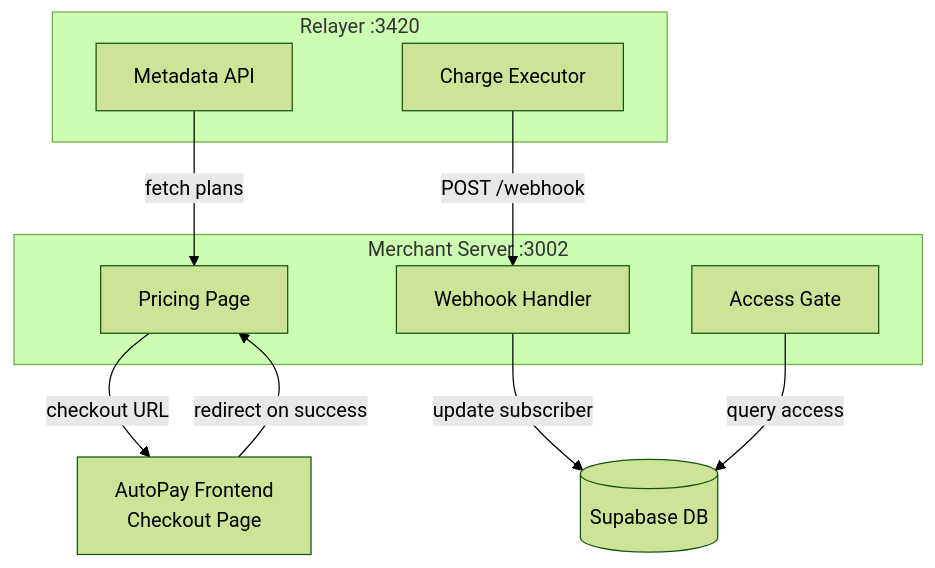
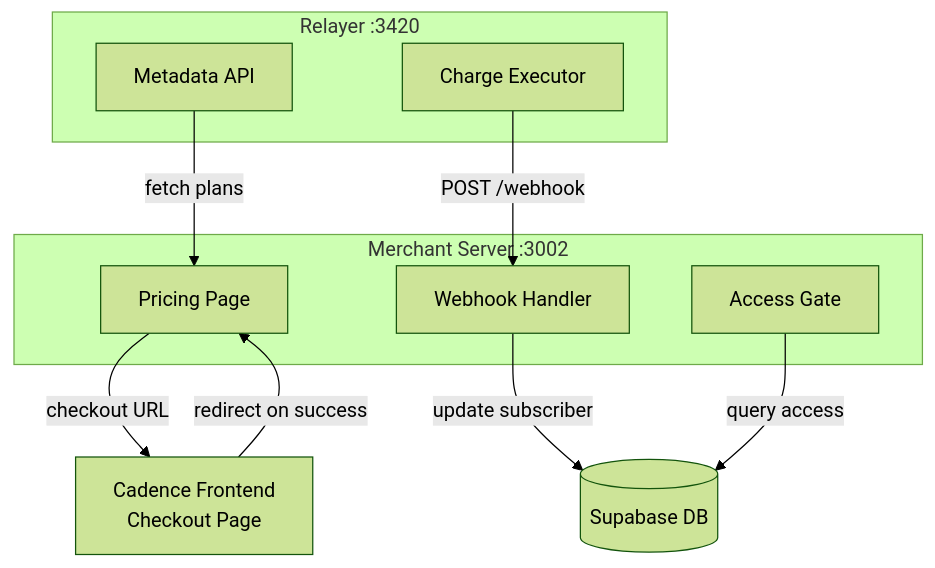
One commit to hola-official/Cadence changed the first of 4 diagrams in documentation/merchant-checkout-example.md. Above: the diagram before and after it, drawn with Mermaid (forest theme). The commit also changed other lines of this file and 10 other files, not shown here.

````diff
--- a/documentation/merchant-checkout-example.md
+++ b/documentation/merchant-checkout-example.md
@@ -13,23 +13,23 @@
 ```mermaid
 graph TD
     subgraph Relayer["Relayer :3420"]
         G[Metadata API]
         F[Charge Executor]
     end
 
     subgraph Merchant["Merchant Server :3002"]
         B[Webhook Handler]
         C[Access Gate]
         A[Pricing Page]
     end
 
     D[(Supabase DB)]
-    E["AutoPay Frontend<br/>Checkout Page"]
+    E["Cadence Frontend<br/>Checkout Page"]
 
     G -- "fetch plans" --> A
     A -- "checkout URL" --> E
     E -- "redirect on success" --> A
     F -- "POST /webhook" --> B
     B -- "update subscriber" --> D
     C -- "query access" --> D
 ```
````
